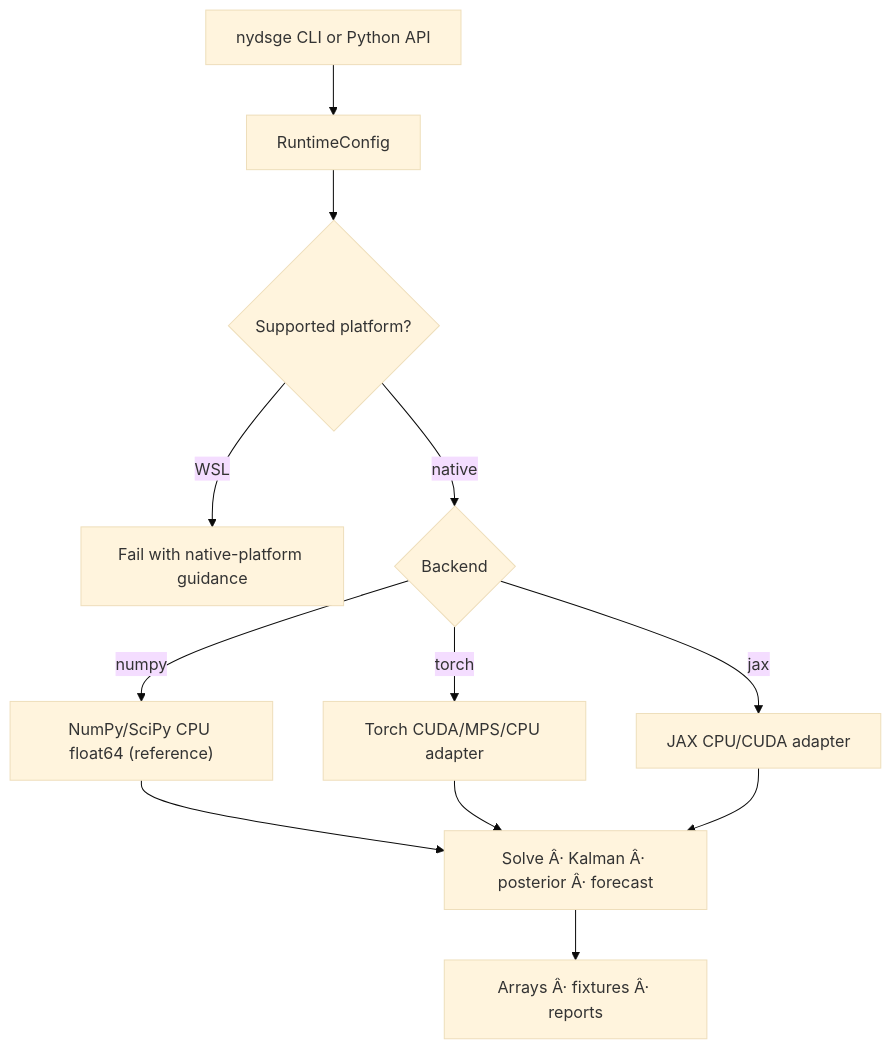
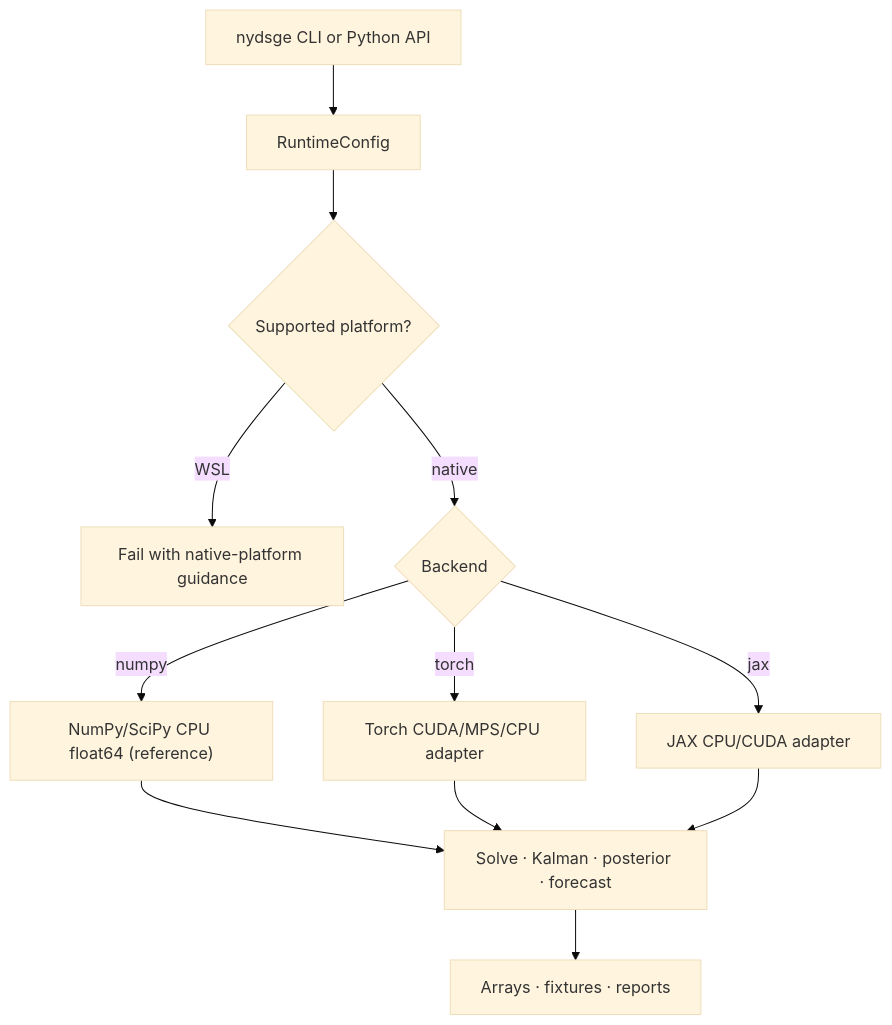
The second of 4 diagrams in README.md (gustavorubim/nydsge-python), drawn with Mermaid (base theme) before and after one commit. The commit also changed other lines of this file, not shown here.

````diff
--- a/README.md
+++ b/README.md
@@ -175,16 +175,16 @@
 ```mermaid
 flowchart TD
     CLI["nydsge CLI or Python API"] --> Runtime["RuntimeConfig"]
     Runtime --> Check{"Supported platform?"}
     Check -->|WSL| Reject["Fail with native-platform guidance"]
     Check -->|native| Backend{"Backend"}
 
     Backend -->|numpy| CPU["NumPy/SciPy CPU float64 (reference)"]
     Backend -->|torch| Torch["Torch CUDA/MPS/CPU adapter"]
     Backend -->|jax| JAX["JAX CPU/CUDA adapter"]
 
-    CPU --> Kernels["Solve Â· Kalman Â· posterior Â· forecast"]
+    CPU --> Kernels["Solve · Kalman · posterior · forecast"]
     Torch --> Kernels
     JAX --> Kernels
-    Kernels --> Outputs["Arrays Â· fixtures Â· reports"]
+    Kernels --> Outputs["Arrays · fixtures · reports"]
 ```
````
